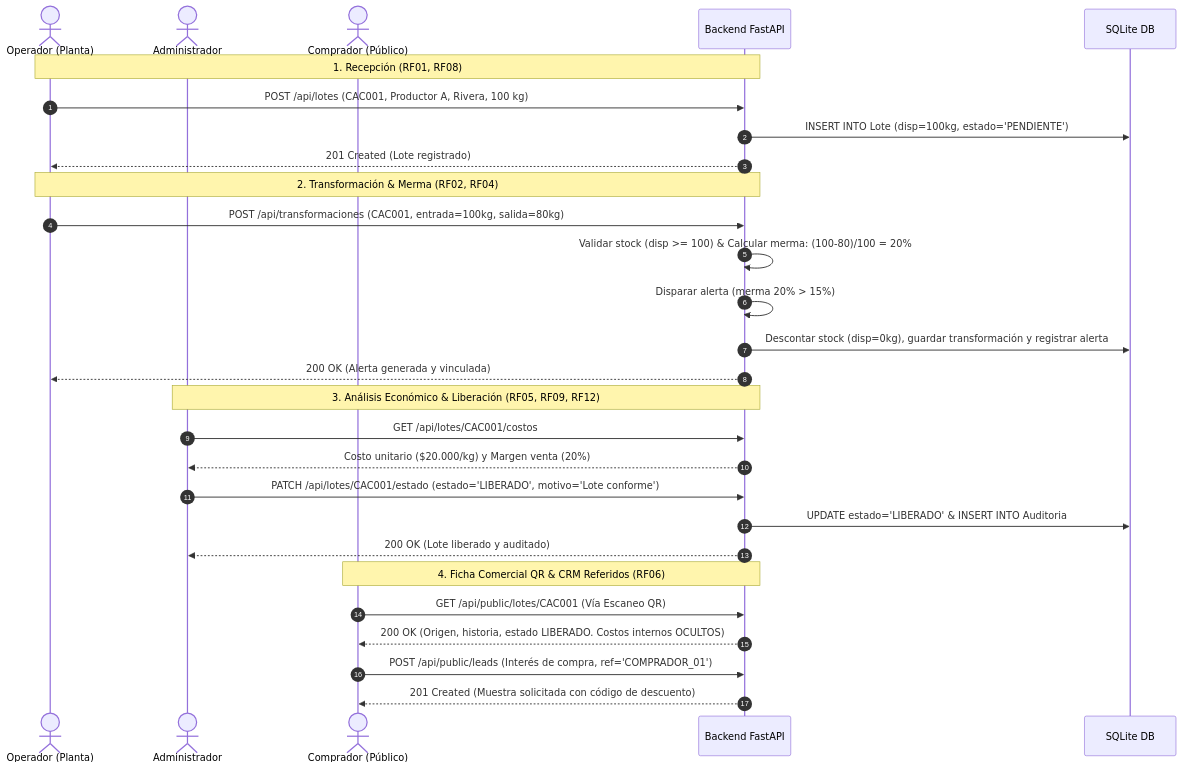
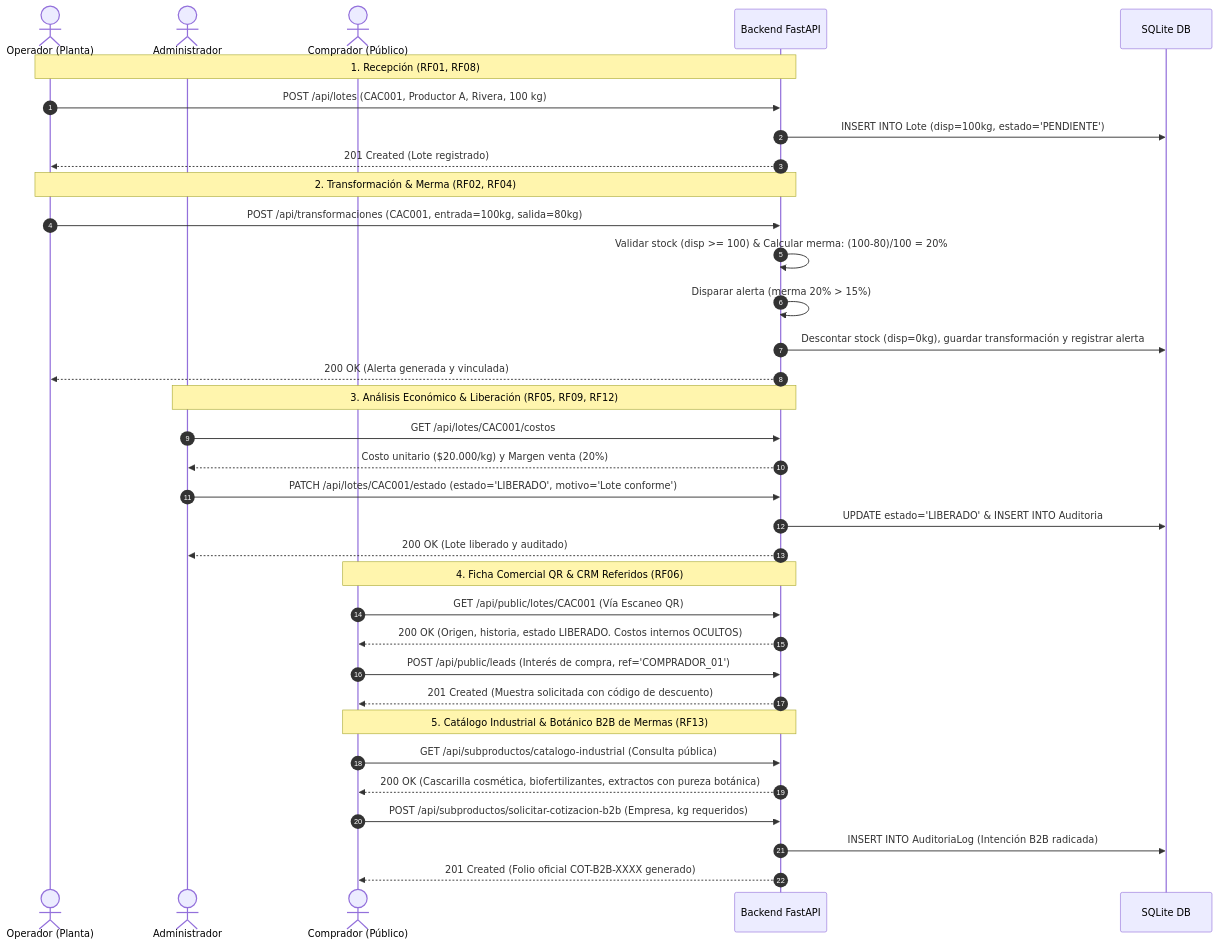
One commit to TheKelex/TrazaCao changed the first of 3 diagrams in documentos/E03_diseno.md. Above: the diagram before and after it, drawn with Mermaid. The commit also changed other lines of this file and 6 other files, not shown here.

````diff
--- a/documentos/E03_diseno.md
+++ b/documentos/E03_diseno.md
@@ -8,34 +8,41 @@
 ```mermaid
 sequenceDiagram
     autonumber
     actor OP as Operador (Planta)
     actor ADM as Administrador
     actor COMP as Comprador (Público)
     participant BE as Backend FastAPI
     participant DB as SQLite DB
 
     Note over OP,BE: 1. Recepción (RF01, RF08)
     OP->>BE: POST /api/lotes (CAC001, Productor A, Rivera, 100 kg)
     BE->>DB: INSERT INTO Lote (disp=100kg, estado='PENDIENTE')
     BE-->>OP: 201 Created (Lote registrado)
 
     Note over OP,BE: 2. Transformación & Merma (RF02, RF04)
     OP->>BE: POST /api/transformaciones (CAC001, entrada=100kg, salida=80kg)
     BE->>BE: Validar stock (disp >= 100) & Calcular merma: (100-80)/100 = 20%
     BE->>BE: Disparar alerta (merma 20% > 15%)
     BE->>DB: Descontar stock (disp=0kg), guardar transformación y registrar alerta
     BE-->>OP: 200 OK (Alerta generada y vinculada)
 
     Note over ADM,BE: 3. Análisis Económico & Liberación (RF05, RF09, RF12)
     ADM->>BE: GET /api/lotes/CAC001/costos
     BE-->>ADM: Costo unitario ($20.000/kg) y Margen venta (20%)
     ADM->>BE: PATCH /api/lotes/CAC001/estado (estado='LIBERADO', motivo='Lote conforme')
     BE->>DB: UPDATE estado='LIBERADO' & INSERT INTO Auditoria
     BE-->>ADM: 200 OK (Lote liberado y auditado)
 
     Note over COMP,BE: 4. Ficha Comercial QR & CRM Referidos (RF06)
     COMP->>BE: GET /api/public/lotes/CAC001 (Vía Escaneo QR)
     BE-->>COMP: 200 OK (Origen, historia, estado LIBERADO. Costos internos OCULTOS)
     COMP->>BE: POST /api/public/leads (Interés de compra, ref='COMPRADOR_01')
     BE-->>COMP: 201 Created (Muestra solicitada con código de descuento)
+
+    Note over COMP,BE: 5. Catálogo Industrial & Botánico B2B de Mermas (RF13)
+    COMP->>BE: GET /api/subproductos/catalogo-industrial (Consulta pública)
+    BE-->>COMP: 200 OK (Cascarilla cosmética, biofertilizantes, extractos con pureza botánica)
+    COMP->>BE: POST /api/subproductos/solicitar-cotizacion-b2b (Empresa, kg requeridos)
+    BE->>DB: INSERT INTO AuditoriaLog (Intención B2B radicada)
+    BE-->>COMP: 201 Created (Folio oficial COT-B2B-XXXX generado)
 ```
````
